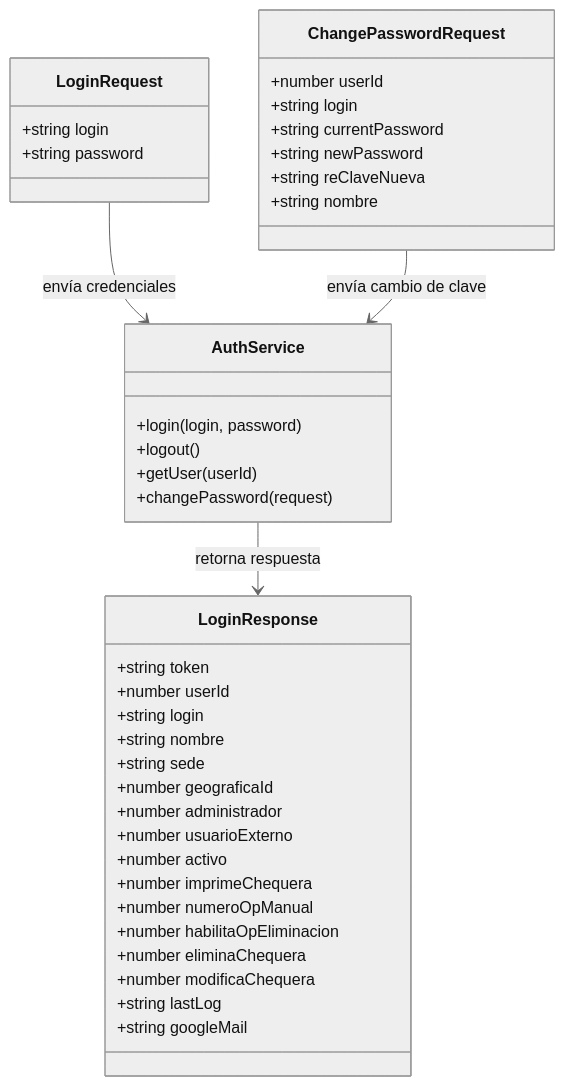
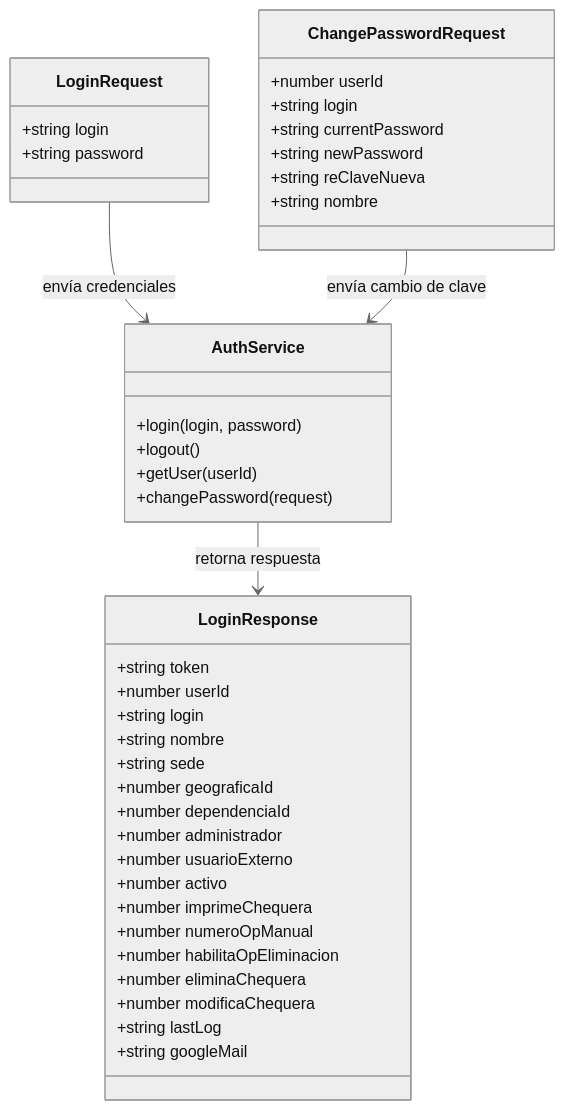
The seventh of 7 diagrams in docs/architecture.md (UM-services/UM.tesoreria.frontend-client), drawn with Mermaid (neutral theme) before and after one commit. The commit also changed other lines of this file and 2 other files, not shown here.

````diff
--- a/docs/architecture.md
+++ b/docs/architecture.md
@@ -249,46 +242,47 @@
 ```mermaid
 classDiagram
     class LoginRequest {
         +string login
         +string password
     }
 
     class LoginResponse {
         +string token
         +number userId
         +string login
         +string nombre
         +string sede
         +number geograficaId
+        +number dependenciaId
         +number administrador
         +number usuarioExterno
         +number activo
         +number imprimeChequera
         +number numeroOpManual
         +number habilitaOpEliminacion
         +number eliminaChequera
         +number modificaChequera
         +string lastLog
         +string googleMail
     }
 
     class ChangePasswordRequest {
         +number userId
         +string login
         +string currentPassword
         +string newPassword
         +string reClaveNueva
         +string nombre
     }
 
     class AuthService {
         +login(login, password)
         +logout()
         +getUser(userId)
         +changePassword(request)
     }
 
     LoginRequest --> AuthService: envía credenciales
     ChangePasswordRequest --> AuthService: envía cambio de clave
     AuthService --> LoginResponse: retorna respuesta
 ```
````
